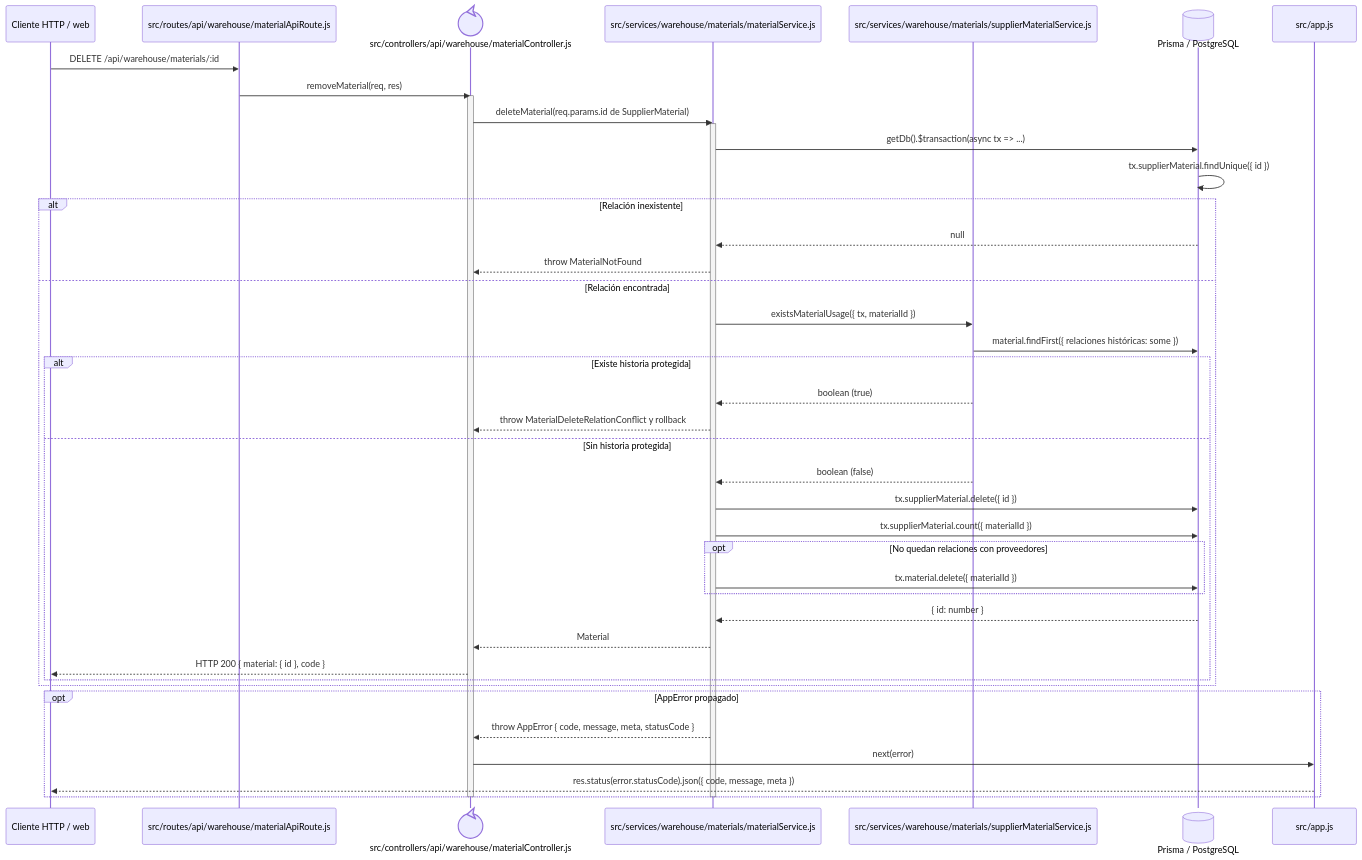
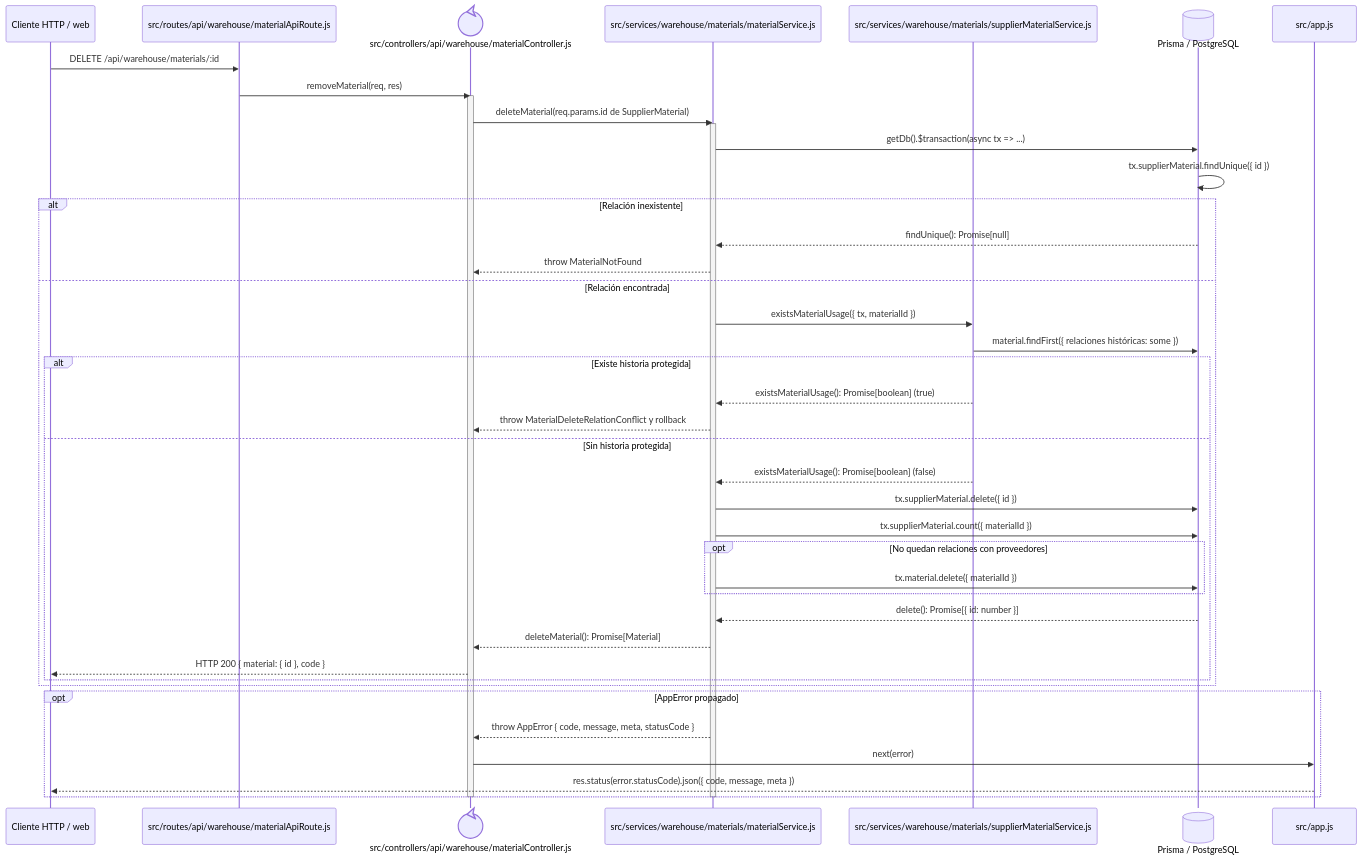
Before and after one commit to gpgsistemas01/nexus: the diagram in docs/architecture/backend-code-sequences/catalogs/cu-alm-04.md, drawn with Mermaid. The commit also changed 50 other files, not shown here.

Commit message:
docs: separar llamadas en diagramas de secuencia

````diff
--- a/docs/architecture/backend-code-sequences/catalogs/cu-alm-04.md
+++ b/docs/architecture/backend-code-sequences/catalogs/cu-alm-04.md
@@ -6,46 +6,46 @@
 ```mermaid
 sequenceDiagram
     participant Client as Cliente HTTP / web
     participant Route as src/routes/api/warehouse/materialApiRoute.js
     participant Controller@{ "type": "control" } as src/controllers/api/warehouse/materialController.js
     participant Domain as src/services/warehouse/materials/materialService.js
     participant Usage as src/services/warehouse/materials/supplierMaterialService.js
     participant Prisma@{ "type": "database" } as Prisma / PostgreSQL
     participant ErrorHandler as src/app.js
 
     Client->>Route: DELETE /api/warehouse/materials/:id
     Route->>Controller: removeMaterial(req, res)
     activate Controller
     Controller->>Domain: deleteMaterial(req.params.id de SupplierMaterial)
     activate Domain
     Domain->>Prisma: getDb().$transaction(async tx => ...)
     Prisma->>Prisma: tx.supplierMaterial.findUnique({ id })
     alt Relación inexistente
-        Prisma-->>Domain: null
+        Prisma-->>Domain: findUnique(): Promise[null]
         Domain-->>Controller: throw MaterialNotFound
     else Relación encontrada
         Domain->>Usage: existsMaterialUsage({ tx, materialId })
         Usage->>Prisma: material.findFirst({ relaciones históricas: some })
         alt Existe historia protegida
-            Usage-->>Domain: boolean (true)
+            Usage-->>Domain: existsMaterialUsage(): Promise[boolean] (true)
             Domain-->>Controller: throw MaterialDeleteRelationConflict y rollback
         else Sin historia protegida
-            Usage-->>Domain: boolean (false)
+            Usage-->>Domain: existsMaterialUsage(): Promise[boolean] (false)
             Domain->>Prisma: tx.supplierMaterial.delete({ id })
             Domain->>Prisma: tx.supplierMaterial.count({ materialId })
             opt No quedan relaciones con proveedores
                 Domain->>Prisma: tx.material.delete({ materialId })
             end
-            Prisma-->>Domain: { id: number }
-            Domain-->>Controller: Material
+            Prisma-->>Domain: delete(): Promise[{ id: number }]
+            Domain-->>Controller: deleteMaterial(): Promise[Material]
             Controller-->>Client: HTTP 200 { material: { id }, code }
         end
     end
     opt AppError propagado
         Domain-->>Controller: throw AppError { code, message, meta, statusCode }
         Controller->>ErrorHandler: next(error)
         ErrorHandler-->>Client: res.status(error.statusCode).json({ code, message, meta })
     end
     deactivate Domain
     deactivate Controller
 ```
````
